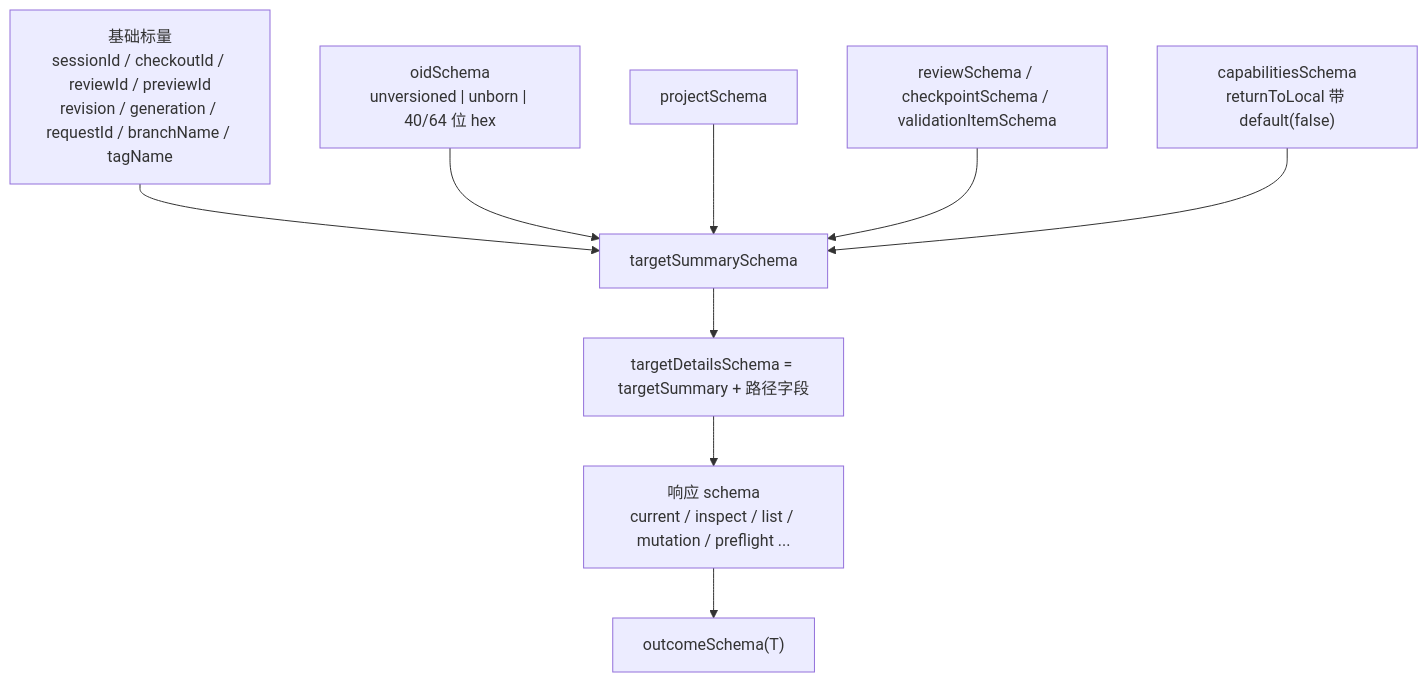
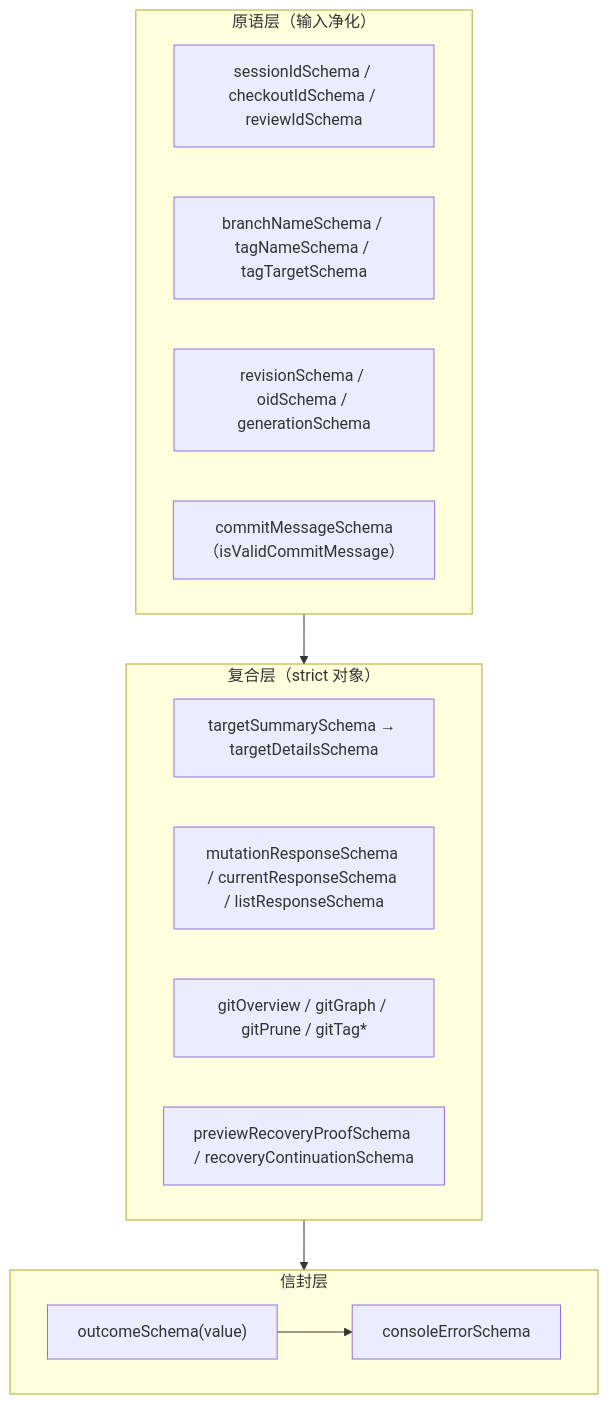
One commit to ikliml666/dsh-git-workspace changed the third of 5 diagrams in .codewiki/modules/console-remote.md. Above: the diagram before and after it, drawn with Mermaid. The commit also changed other lines of this file and 117 other files, not shown here.

````diff
--- a/.codewiki/modules/console-remote.md
+++ b/.codewiki/modules/console-remote.md
@@ -226,20 +182,22 @@
 ```mermaid
-flowchart TD
-  prim["基础标量<br/>sessionId / checkoutId / reviewId / previewId<br/>revision / generation / requestId / branchName / tagName"]
-  oid["oidSchema<br/>unversioned | unborn | 40/64 位 hex"]
-  proj["projectSchema"]
-  review["reviewSchema / checkpointSchema / validationItemSchema"]
-  cap["capabilitiesSchema<br/>returnToLocal 带 default(false)"]
-  sum["targetSummarySchema"]
-  det["targetDetailsSchema = targetSummary + 路径字段"]
-  resp["响应 schema<br/>current / inspect / list / mutation / preflight ..."]
-  outcome["outcomeSchema(T)"]
-  prim --> sum
-  oid --> sum
-  proj --> sum
-  review --> sum
-  cap --> sum
-  sum --> det
-  det --> resp
-  resp --> outcome
+flowchart TB
+  subgraph P["原语层（输入净化）"]
+    S1["sessionIdSchema / checkoutIdSchema / reviewIdSchema"]
+    S2["branchNameSchema / tagNameSchema / tagTargetSchema"]
+    S3["revisionSchema / oidSchema / generationSchema"]
+    S4["commitMessageSchema（isValidCommitMessage）"]
+  end
+  subgraph C["复合层（strict 对象）"]
+    C1["targetSummarySchema → targetDetailsSchema"]
+    C2["mutationResponseSchema / currentResponseSchema / listResponseSchema"]
+    C3["gitOverview / gitGraph / gitPrune / gitTag*"]
+    C4["previewRecoveryProofSchema / recoveryContinuationSchema"]
+  end
+  subgraph O["信封层"]
+    O1["outcomeSchema(value)"]
+    O2["consoleErrorSchema"]
+  end
+  P --> C
+  C --> O
+  O1 --> O2
 ```
````
